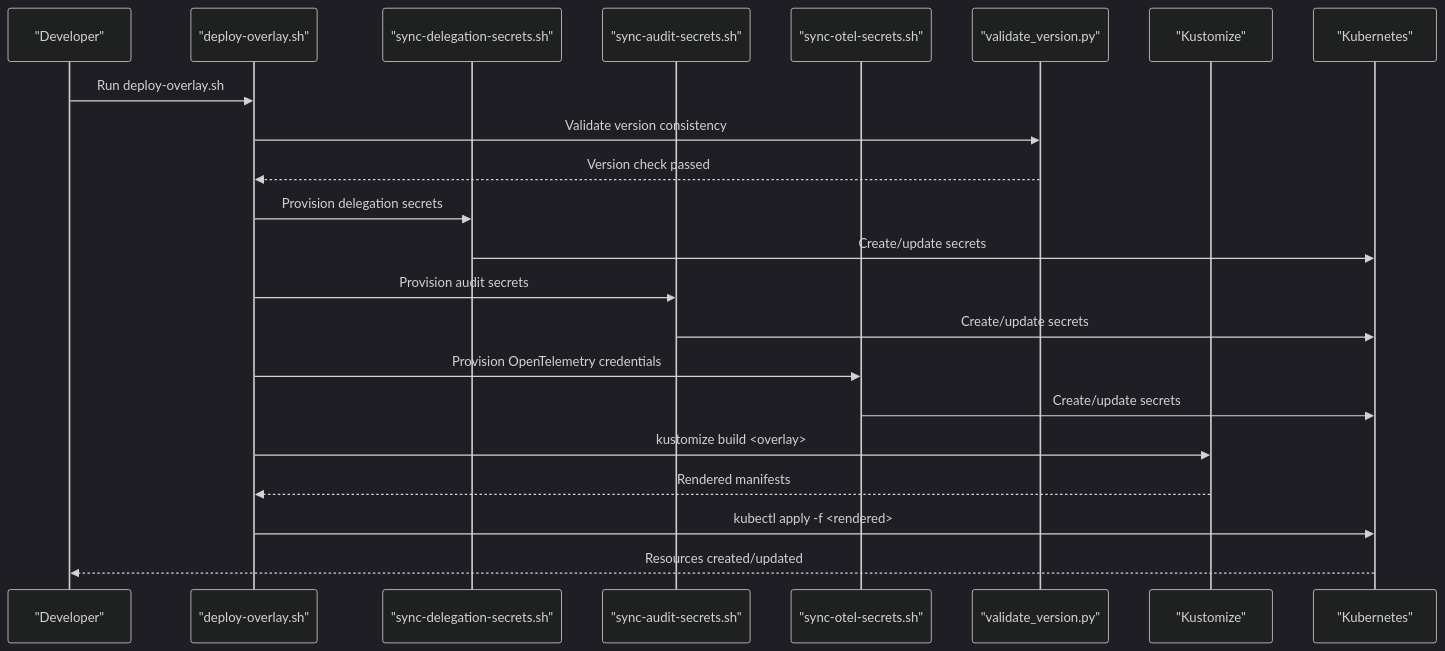
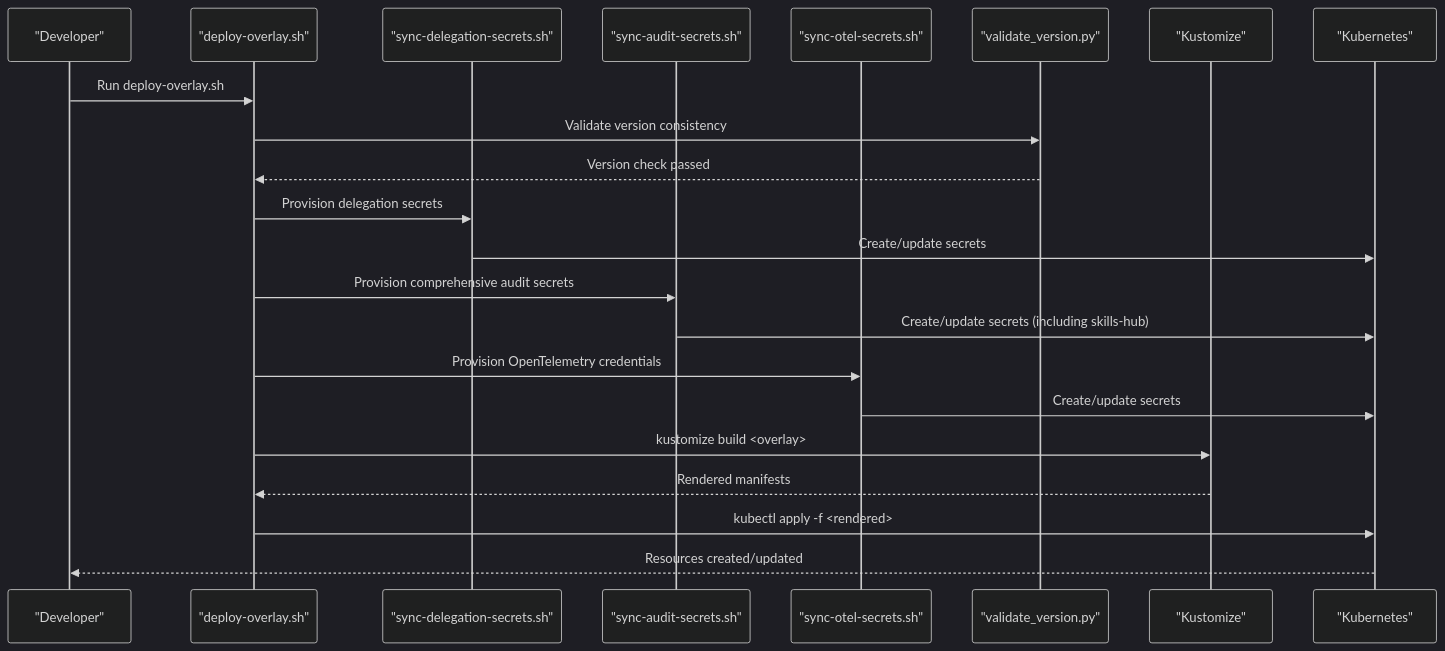
One commit to metasync/luban-aiops changed the fourth of 12 diagrams in .qoder/repowiki/en/content/Deployment and Operations/Deployment and Operations.md. Above: the diagram before and after it, drawn with Mermaid (dark theme). The commit also changed other lines of this file and 8 other files, not shown here.

````diff
--- a/.qoder/repowiki/en/content/Deployment and Operations/Deployment and Operations.md
+++ b/.qoder/repowiki/en/content/Deployment and Operations/Deployment and Operations.md
@@ -388,24 +390,24 @@
 ```mermaid
 sequenceDiagram
 participant Dev as "Developer"
 participant Script as "deploy-overlay.sh"
 participant Delegation as "sync-delegation-secrets.sh"
 participant Audit as "sync-audit-secrets.sh"
 participant OTel as "sync-otel-secrets.sh"
 participant Version as "validate_version.py"
 participant Kustomize as "Kustomize"
 participant K8s as "Kubernetes"
 Dev->>Script : Run deploy-overlay.sh
 Script->>Version : Validate version consistency
 Version-->>Script : Version check passed
 Script->>Delegation : Provision delegation secrets
 Delegation->>K8s : Create/update secrets
-Script->>Audit : Provision audit secrets
-Audit->>K8s : Create/update secrets
+Script->>Audit : Provision comprehensive audit secrets
+Audit->>K8s : Create/update secrets (including skills-hub)
 Script->>OTel : Provision OpenTelemetry credentials
 OTel->>K8s : Create/update secrets
 Script->>Kustomize : kustomize build <overlay>
 Kustomize-->>Script : Rendered manifests
 Script->>K8s : kubectl apply -f <rendered>
 K8s-->>Dev : Resources created/updated
 ```
````
